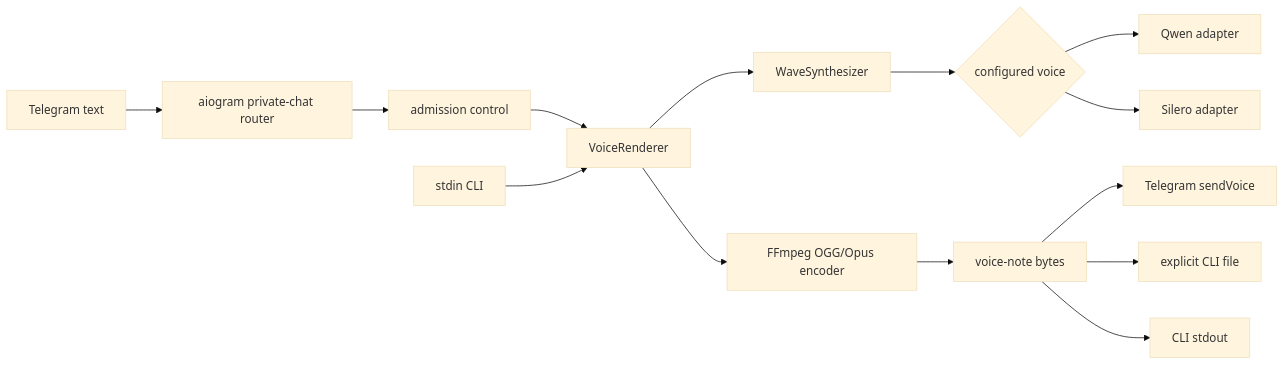
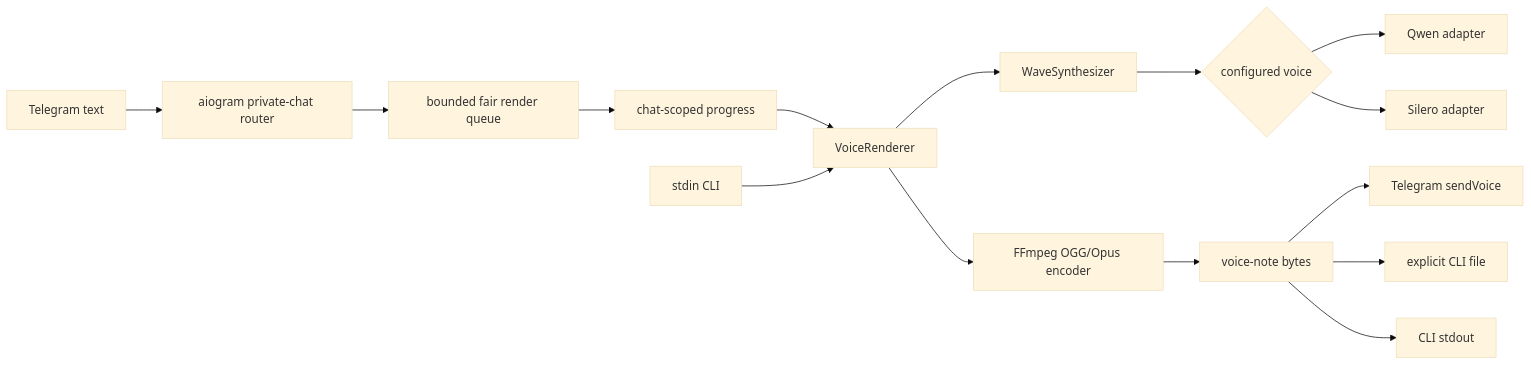
Before and after one commit to ihoru/telegram-tts-bot: the diagram in README.md, drawn with Mermaid (base theme). The commit also changed other lines of this file and 18 other files, not shown here.

````diff
--- a/README.md
+++ b/README.md
@@ -219,16 +230,17 @@
 ```mermaid
 flowchart LR
     telegram[Telegram text] --> router[aiogram private-chat router]
-    router --> gate[admission control]
-    gate --> renderer[VoiceRenderer]
+    router --> queue[bounded fair render queue]
+    queue --> progress[chat-scoped progress]
+    progress --> renderer[VoiceRenderer]
     stdin[stdin CLI] --> renderer
     renderer --> synth[WaveSynthesizer]
     synth --> provider{configured voice}
     provider --> qwen[Qwen adapter]
     provider --> silero[Silero adapter]
     renderer --> opus[FFmpeg OGG/Opus encoder]
     opus --> voice[voice-note bytes]
     voice --> telegram_api[Telegram sendVoice]
     voice --> file[explicit CLI file]
     voice --> stdout[CLI stdout]
 ```
````
